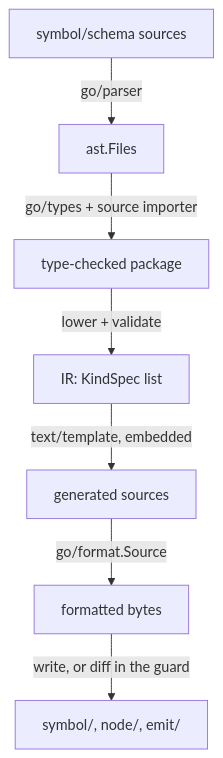
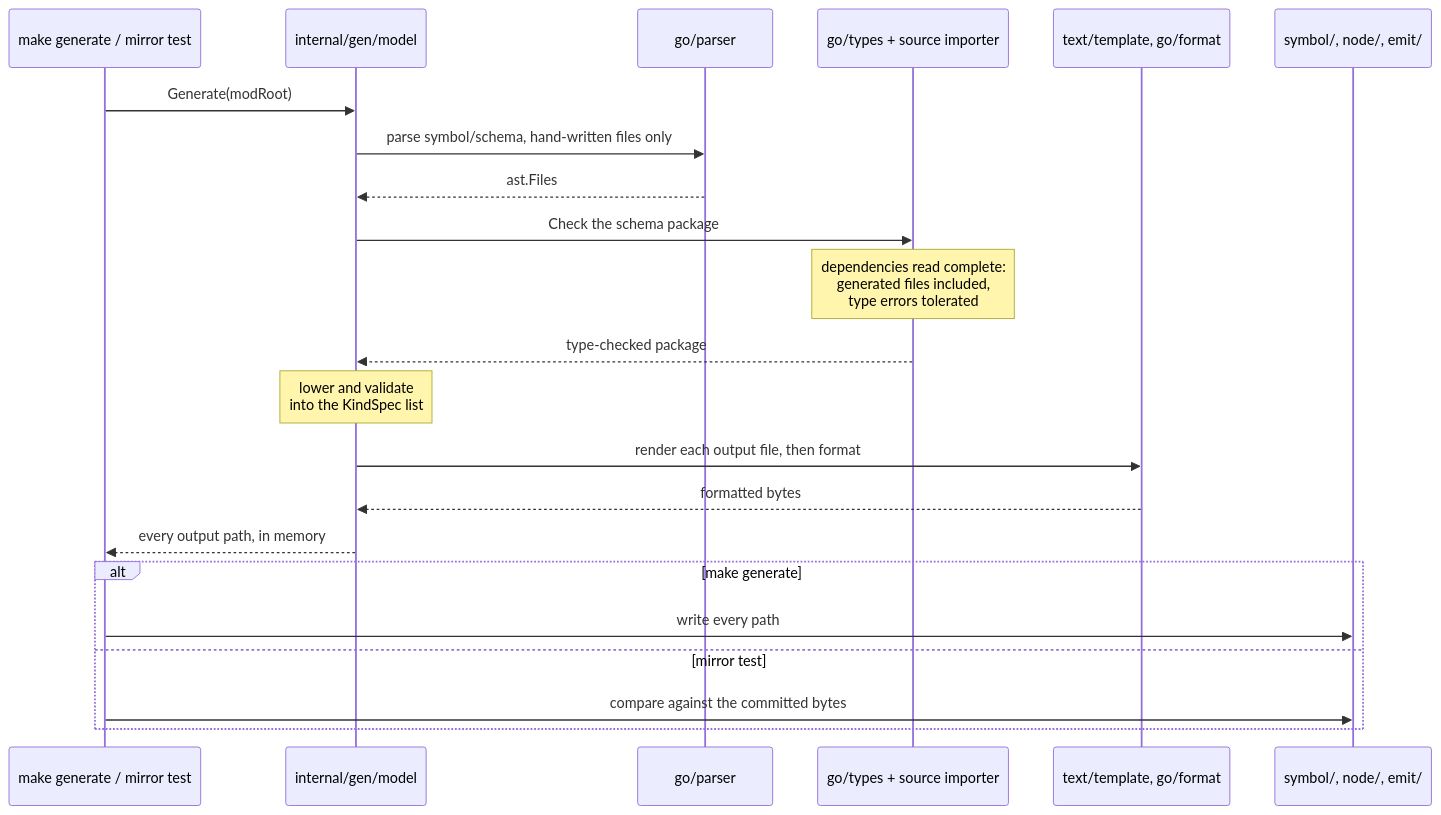
The diagram in docs/rfc/0002-model-generator.md (dokimasia/eidos), drawn with Mermaid before and after one commit. The commit also changed 4 other files, not shown here.

First line of the commit message:
docs: show RFC call paths as sequence diagrams

````diff
--- a/docs/rfc/0002-model-generator.md
+++ b/docs/rfc/0002-model-generator.md
@@ -47,9 +47,25 @@
 ```mermaid
-flowchart TD
-    S["symbol/schema sources"] -->|"go/parser"| A["ast.Files"]
-    A -->|"go/types + source importer"| T["type-checked package"]
-    T -->|"lower + validate"| I["IR: KindSpec list"]
-    I -->|"text/template, embedded"| G["generated sources"]
-    G -->|"go/format.Source"| F["formatted bytes"]
-    F -->|"write, or diff in the guard"| O["symbol/, node/, emit/"]
+sequenceDiagram
+    participant C as make generate / mirror test
+    participant G as internal/gen/model
+    participant P as go/parser
+    participant T as go/types + source importer
+    participant R as text/template, go/format
+    participant D as symbol/, node/, emit/
+
+    C->>G: Generate(modRoot)
+    G->>P: parse symbol/schema, hand-written files only
+    P-->>G: ast.Files
+    G->>T: Check the schema package
+    Note over T: dependencies read complete:<br/>generated files included,<br/>type errors tolerated
+    T-->>G: type-checked package
+    Note over G: lower and validate<br/>into the KindSpec list
+    G->>R: render each output file, then format
+    R-->>G: formatted bytes
+    G-->>C: every output path, in memory
+    alt make generate
+        C->>D: write every path
+    else mirror test
+        C->>D: compare against the committed bytes
+    end
 ```
````
